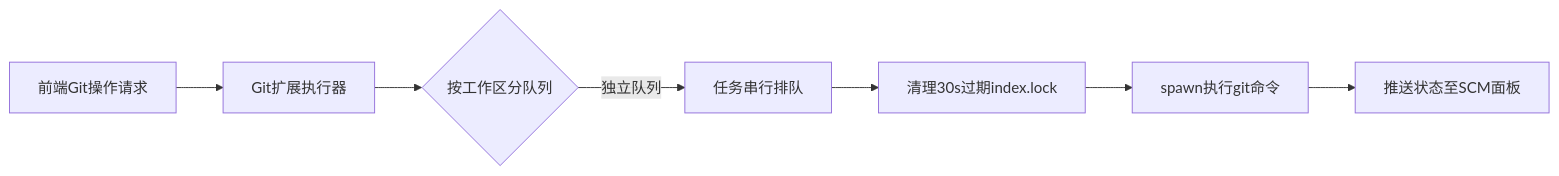
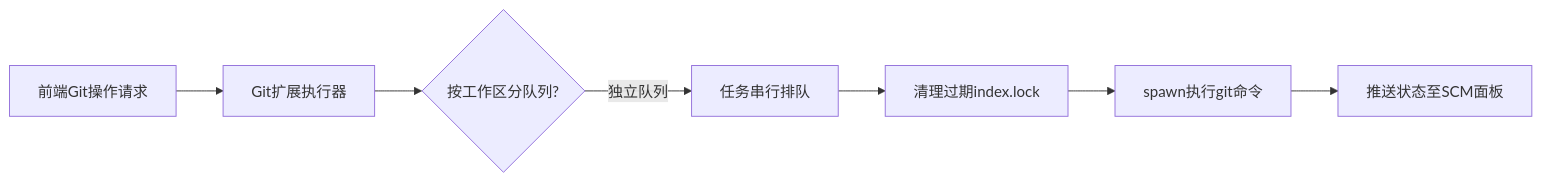
One commit to chongyin10/ideaCode changed the eighth of 8 diagrams in README.md. Above: the diagram before and after it, drawn with Mermaid. The commit also changed other lines of this file, not shown here.

````diff
--- a/README.md
+++ b/README.md
@@ -282,9 +282,9 @@
 ```mermaid
 flowchart LR
-    A[前端Git操作请求] --> B[Git扩展执行器]
-    B --> C{按工作区分队列}
-    C -- 独立队列 --> D[任务串行排队]
-    D --> E[清理30s过期index.lock]
-    E --> F[spawn执行git命令]
-    F --> G[推送状态至SCM面板]
+    A["前端Git操作请求"] --> B["Git扩展执行器"]
+    B --> C{"按工作区分队列?"}
+    C -- 独立队列 --> D["任务串行排队"]
+    D --> E["清理过期index.lock"]
+    E --> F["spawn执行git命令"]
+    F --> G["推送状态至SCM面板"]
 ```
````
